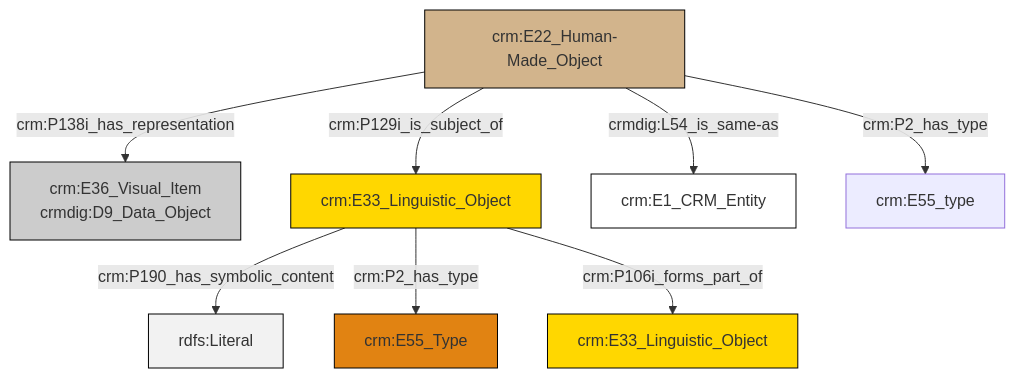
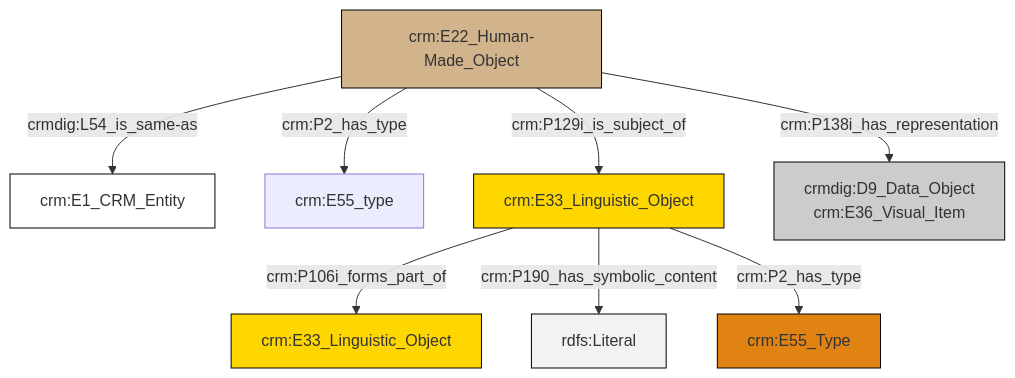
One commit to swiss-art-research-net/reference-data-models changed the diagram in et/artworkCSV/ttl/mmd/Artwork_Documentation.ttl.mmd. Above: the diagram before and after it, drawn with Mermaid. The commit also changed 125 other files, not shown here.

```diff
--- a/et/artworkCSV/ttl/mmd/Artwork_Documentation.ttl.mmd
+++ b/et/artworkCSV/ttl/mmd/Artwork_Documentation.ttl.mmd
@@ -1,22 +1,22 @@
 graph TD
 classDef Literal fill:#f2f2f2,stroke:#000000;
 classDef CRM_Entity fill:#FFFFFF,stroke:#000000;
 classDef Temporal_Entity fill:#00C9E6, stroke:#000000;
 classDef Type fill:#E18312, stroke:#000000;
 classDef Time-Span fill:#2C9C91, stroke:#000000;
 classDef Appellation fill:#FFEB7F, stroke:#000000;
 classDef Place fill:#008836, stroke:#000000;
 classDef Persistent_Item fill:#B266B2, stroke:#000000;
 classDef Conceptual_Object fill:#FFD700, stroke:#000000;
 classDef Physical_Thing fill:#D2B48C, stroke:#000000;
 classDef Actor fill:#f58aad, stroke:#000000;
 classDef PC_Classes fill:#4ce600, stroke:#000000;
 classDef Multi fill:#cccccc,stroke:#000000;
 
-2["crm:E22_Human-Made_Object"]:::Physical_Thing -->|crm:P129i_is_subject_of| 3["crm:E33_Linguistic_Object"]:::Conceptual_Object
-2["crm:E22_Human-Made_Object"]:::Physical_Thing -->|crmdig:L54_is_same-as| 4["crm:E1_CRM_Entity"]:::CRM_Entity
-3["crm:E33_Linguistic_Object"]:::Conceptual_Object -->|crm:P190_has_symbolic_content| 6[rdfs:Literal]:::Literal
-3["crm:E33_Linguistic_Object"]:::Conceptual_Object -->|crm:P2_has_type| 8["crm:E55_Type"]:::Type
-3["crm:E33_Linguistic_Object"]:::Conceptual_Object -->|crm:P106i_forms_part_of| 10["crm:E33_Linguistic_Object"]:::Conceptual_Object
-2["crm:E22_Human-Made_Object"]:::Physical_Thing -->|crm:P2_has_type| 11["crm:E55_type"]:::Default
-2["crm:E22_Human-Made_Object"]:::Physical_Thing -->|crm:P138i_has_representation| 0["crm:E36_Visual_Item<br>crmdig:D9_Data_Object"]:::Multi
+8["crm:E33_Linguistic_Object"]:::Conceptual_Object -->|crm:P106i_forms_part_of| 9["crm:E33_Linguistic_Object"]:::Conceptual_Object
+8["crm:E33_Linguistic_Object"]:::Conceptual_Object -->|crm:P190_has_symbolic_content| 12[rdfs:Literal]:::Literal
+2["crm:E22_Human-Made_Object"]:::Physical_Thing -->|crm:P129i_is_subject_of| 8["crm:E33_Linguistic_Object"]:::Conceptual_Object
+2["crm:E22_Human-Made_Object"]:::Physical_Thing -->|crm:P2_has_type| 6["crm:E55_type"]:::Default
+2["crm:E22_Human-Made_Object"]:::Physical_Thing -->|crmdig:L54_is_same-as| 0["crm:E1_CRM_Entity"]:::CRM_Entity
+8["crm:E33_Linguistic_Object"]:::Conceptual_Object -->|crm:P2_has_type| 4["crm:E55_Type"]:::Type
+2["crm:E22_Human-Made_Object"]:::Physical_Thing -->|crm:P138i_has_representation| 13["crmdig:D9_Data_Object<br>crm:E36_Visual_Item"]:::Multi
```
